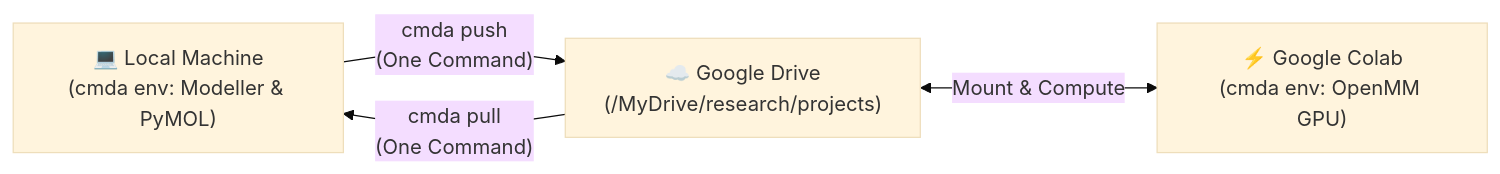
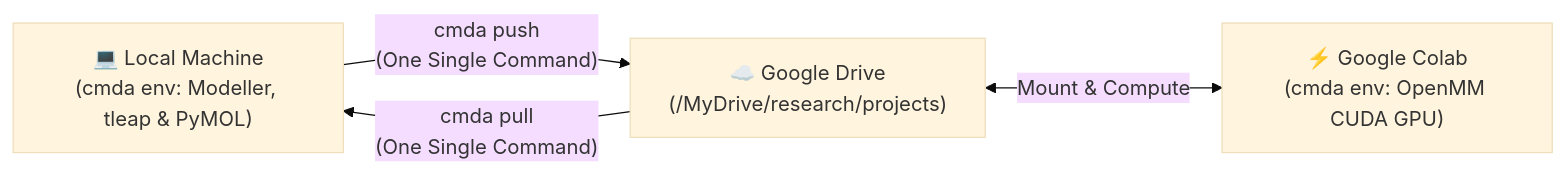
One commit to paulshamrat/ColabMDA changed the first of 2 diagrams in README.md. Above: the diagram before and after it, drawn with Mermaid (base theme). The commit also changed other lines of this file and 4 other files, not shown here.

Commit message:
feat(setup,docs): unify setup.sh for local and colab, shift prep locally, and enrich technical docs

````diff
--- a/README.md
+++ b/README.md
@@ -18,6 +20,6 @@
 ```mermaid
 flowchart LR
-    A["💻 Local Machine<br/>(cmda env: Modeller & PyMOL)"] -->|"cmda push<br/>(One Command)"| B["☁️ Google Drive<br/>(/MyDrive/research/projects)"]
-    B <-->|"Mount & Compute"| C["⚡ Google Colab<br/>(cmda env: OpenMM GPU)"]
-    B -->|"cmda pull<br/>(One Command)"| A
+    A["💻 Local Machine<br/>(cmda env: Modeller, tleap & PyMOL)"] -->|"cmda push<br/>(One Single Command)"| B["☁️ Google Drive<br/>(/MyDrive/research/projects)"]
+    B <-->|"Mount & Compute"| C["⚡ Google Colab<br/>(cmda env: OpenMM CUDA GPU)"]
+    B -->|"cmda pull<br/>(One Single Command)"| A
 ```
````
